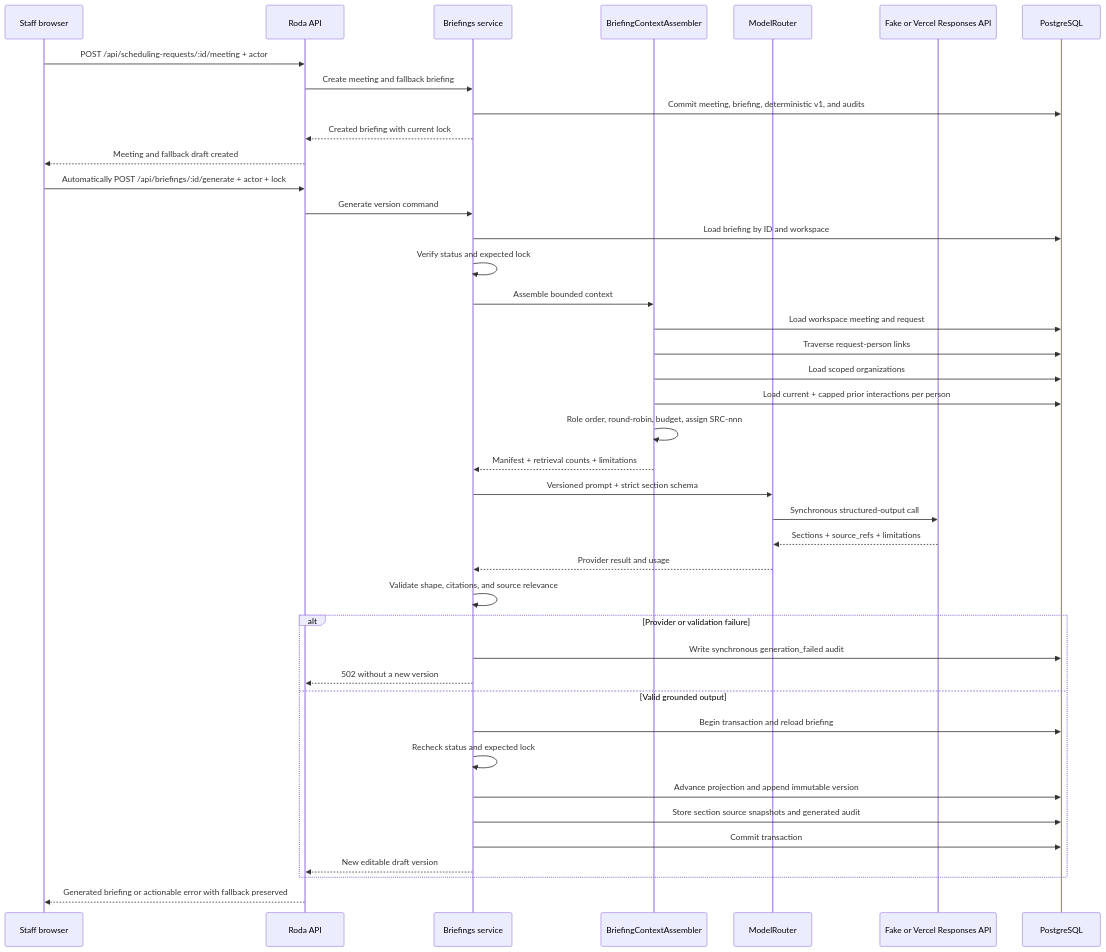
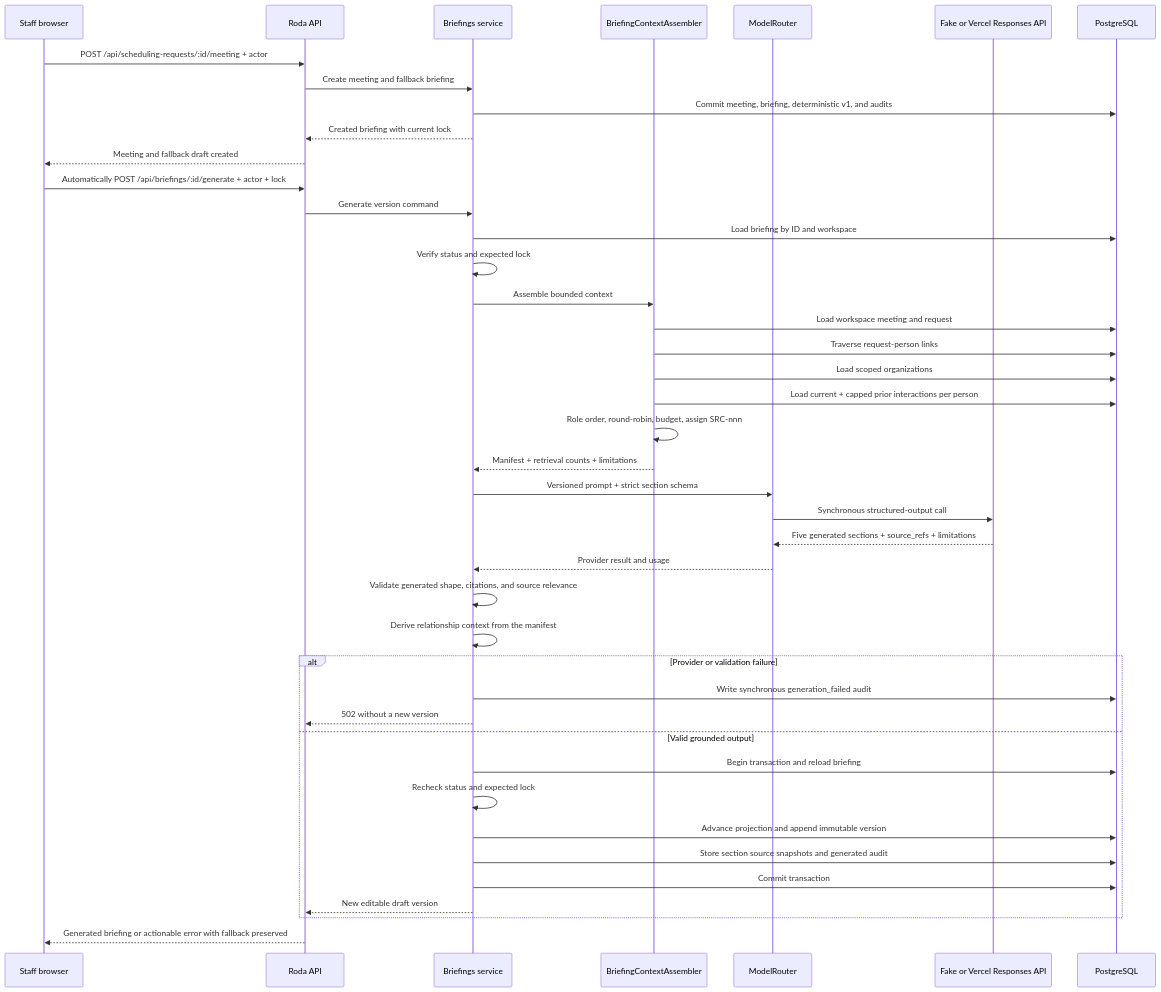
The seventh of 7 diagrams in docs/architecture.md (darthneel/Holocron), drawn with Mermaid before and after one commit. The commit also changed other lines of this file and 9 other files, not shown here.

````diff
--- a/docs/architecture.md
+++ b/docs/architecture.md
@@ -235,44 +235,45 @@
 ```mermaid
 sequenceDiagram
     participant Staff as Staff browser
     participant API as Roda API
     participant Briefings as Briefings service
     participant Context as BriefingContextAssembler
     participant Router as ModelRouter
     participant Model as Fake or Vercel Responses API
     participant DB as PostgreSQL
 
     Staff->>API: POST /api/scheduling-requests/:id/meeting + actor
     API->>Briefings: Create meeting and fallback briefing
     Briefings->>DB: Commit meeting, briefing, deterministic v1, and audits
     Briefings-->>API: Created briefing with current lock
     API-->>Staff: Meeting and fallback draft created
     Staff->>API: Automatically POST /api/briefings/:id/generate + actor + lock
     API->>Briefings: Generate version command
     Briefings->>DB: Load briefing by ID and workspace
     Briefings->>Briefings: Verify status and expected lock
     Briefings->>Context: Assemble bounded context
     Context->>DB: Load workspace meeting and request
     Context->>DB: Traverse request-person links
     Context->>DB: Load scoped organizations
     Context->>DB: Load current + capped prior interactions per person
     Context->>Context: Role order, round-robin, budget, assign SRC-nnn
     Context-->>Briefings: Manifest + retrieval counts + limitations
     Briefings->>Router: Versioned prompt + strict section schema
     Router->>Model: Synchronous structured-output call
-    Model-->>Router: Sections + source_refs + limitations
+    Model-->>Router: Five generated sections + source_refs + limitations
     Router-->>Briefings: Provider result and usage
-    Briefings->>Briefings: Validate shape, citations, and source relevance
+    Briefings->>Briefings: Validate generated shape, citations, and source relevance
+    Briefings->>Briefings: Derive relationship context from the manifest
     alt Provider or validation failure
         Briefings->>DB: Write synchronous generation_failed audit
         Briefings-->>API: 502 without a new version
     else Valid grounded output
         Briefings->>DB: Begin transaction and reload briefing
         Briefings->>Briefings: Recheck status and expected lock
         Briefings->>DB: Advance projection and append immutable version
         Briefings->>DB: Store section source snapshots and generated audit
         Briefings->>DB: Commit transaction
         Briefings-->>API: New editable draft version
     end
     API-->>Staff: Generated briefing or actionable error with fallback preserved
 ```
````
